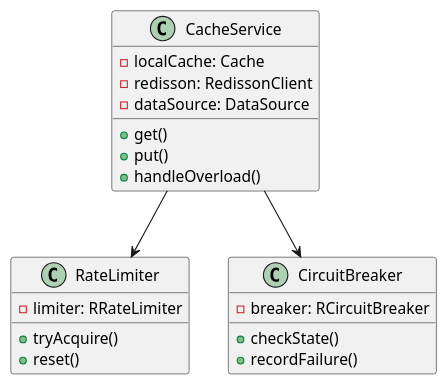
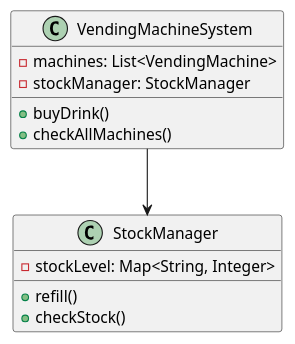
Before and after one commit to fine5351/info-sync: the second of 3 diagrams in doc/learning/architecture/cache_avalanche_tutorial.md, drawn with PlantUML. The commit also changed other lines of this file and 35 other files, not shown here.

````diff
--- a/doc/learning/architecture/cache_avalanche_tutorial.md
+++ b/doc/learning/architecture/cache_avalanche_tutorial.md
@@ -198,27 +141,18 @@
 ```plantuml
 @startuml
-class CacheService {
-    - localCache: Cache
-    - redisson: RedissonClient
-    - dataSource: DataSource
-    + get()
-    + put()
-    + handleOverload()
+class VendingMachineSystem {
+    - machines: List<VendingMachine>
+    - stockManager: StockManager
+    + buyDrink()
+    + checkAllMachines()
 }
 
-class RateLimiter {
-    - limiter: RRateLimiter
-    + tryAcquire()
-    + reset()
+class StockManager {
+    - stockLevel: Map<String, Integer>
+    + refill()
+    + checkStock()
 }
 
-class CircuitBreaker {
-    - breaker: RCircuitBreaker
-    + checkState()
-    + recordFailure()
-}
-
-CacheService --> RateLimiter
-CacheService --> CircuitBreaker
+VendingMachineSystem --> StockManager
 @enduml
 ```
````
